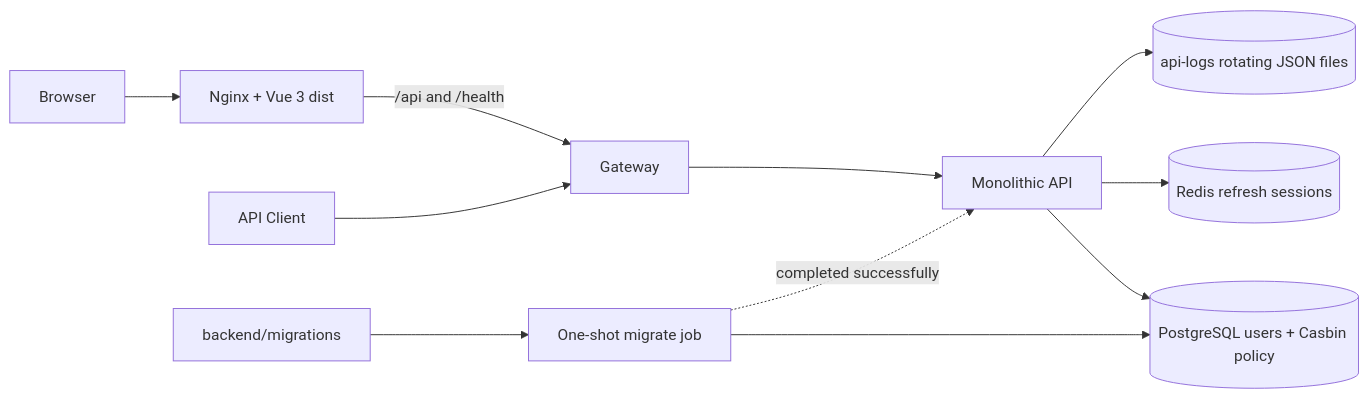
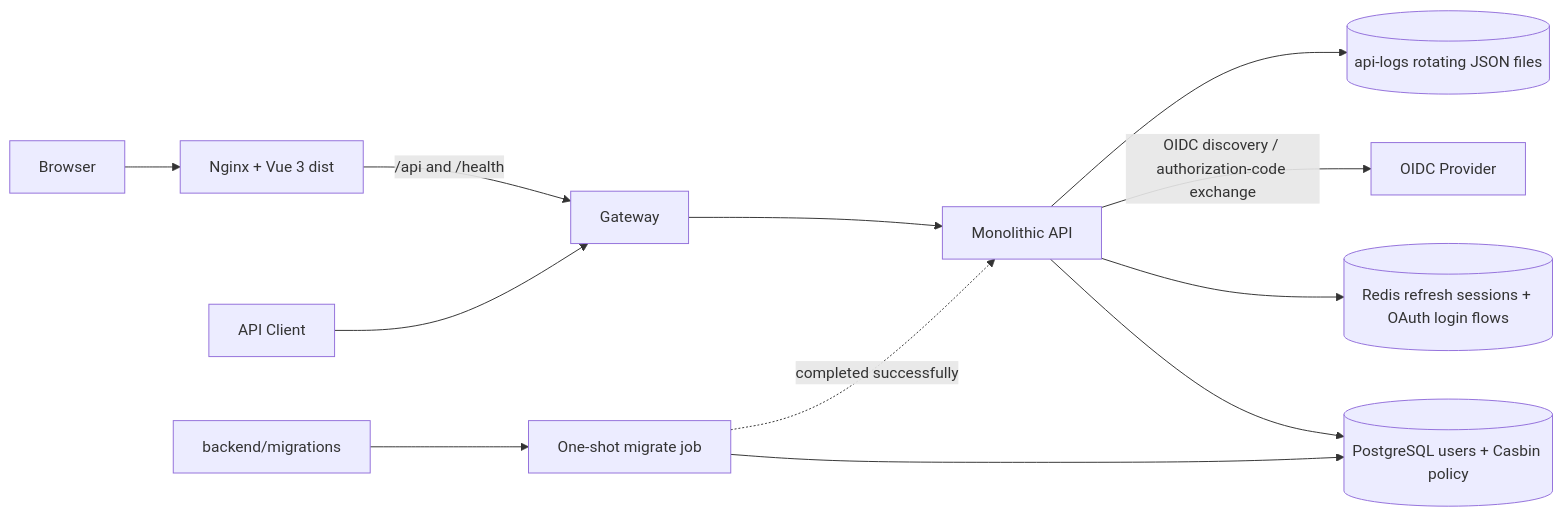
The first of 4 diagrams in ARCHITECTURE.md (DWHuang99/erent), drawn with Mermaid before and after one commit. The commit also changed other lines of this file and 32 other files, not shown here.

Commit message:
feat: add reusable OIDC OAuth flow

````diff
--- a/ARCHITECTURE.md
+++ b/ARCHITECTURE.md
@@ -7,13 +7,14 @@
 ```mermaid
 flowchart LR
     Browser[Browser] --> Web[Nginx + Vue 3 dist]
     Web -->|/api and /health| Gateway[Gateway]
     Client[API Client] --> Gateway
     Gateway --> API[Monolithic API]
     API --> PostgreSQL[(PostgreSQL users + Casbin policy)]
-    API --> Redis[(Redis refresh sessions)]
+    API --> Redis[(Redis refresh sessions + OAuth login flows)]
+    API -->|OIDC discovery / authorization-code exchange| OIDC[OIDC Provider]
     API --> Logs[(api-logs rotating JSON files)]
     Migrations[backend/migrations] --> Migrator[One-shot migrate job]
     Migrator --> PostgreSQL
     Migrator -. completed successfully .-> API
 ```
````
